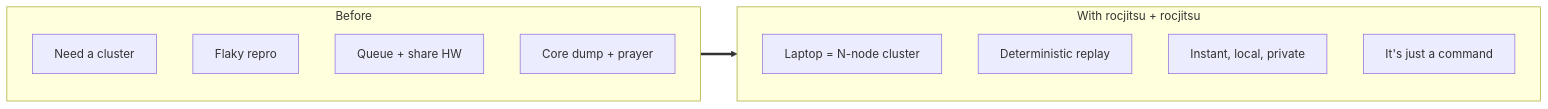
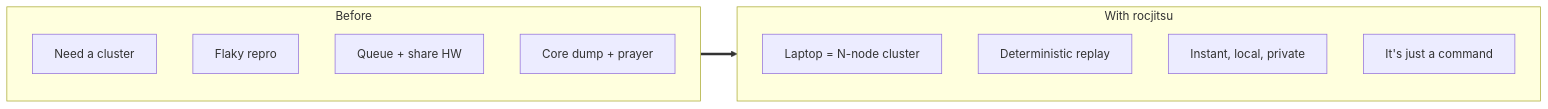
One commit to ROCm/rocm-systems changed diagram 14 of 14 in emulation/rocjitsu/cli/docs/demo-debugging-at-scale.md. Above: the diagram before and after it, drawn with Mermaid. The commit also changed other lines of this file and 45 other files, not shown here.

````diff
--- a/emulation/rocjitsu/cli/docs/demo-debugging-at-scale.md
+++ b/emulation/rocjitsu/cli/docs/demo-debugging-at-scale.md
@@ -741,16 +741,16 @@
 ```mermaid
 flowchart LR
     subgraph before["Before"]
       B1["Need a cluster"]
       B2["Flaky repro"]
       B3["Queue + share HW"]
       B4["Core dump + prayer"]
     end
-    subgraph after["With rocjitsu + rocjitsu"]
+    subgraph after["With rocjitsu"]
       A1["Laptop = N-node cluster"]
       A2["Deterministic replay"]
       A3["Instant, local, private"]
       A4["It's just a command"]
     end
     before ==> after
 ```
````
